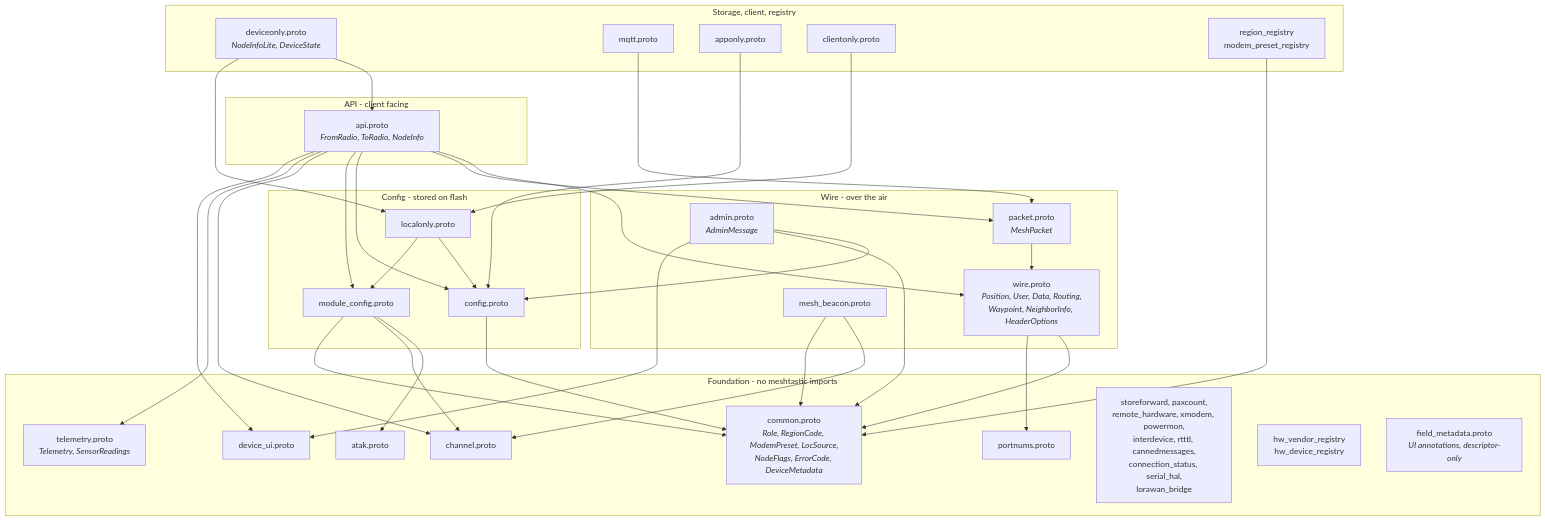
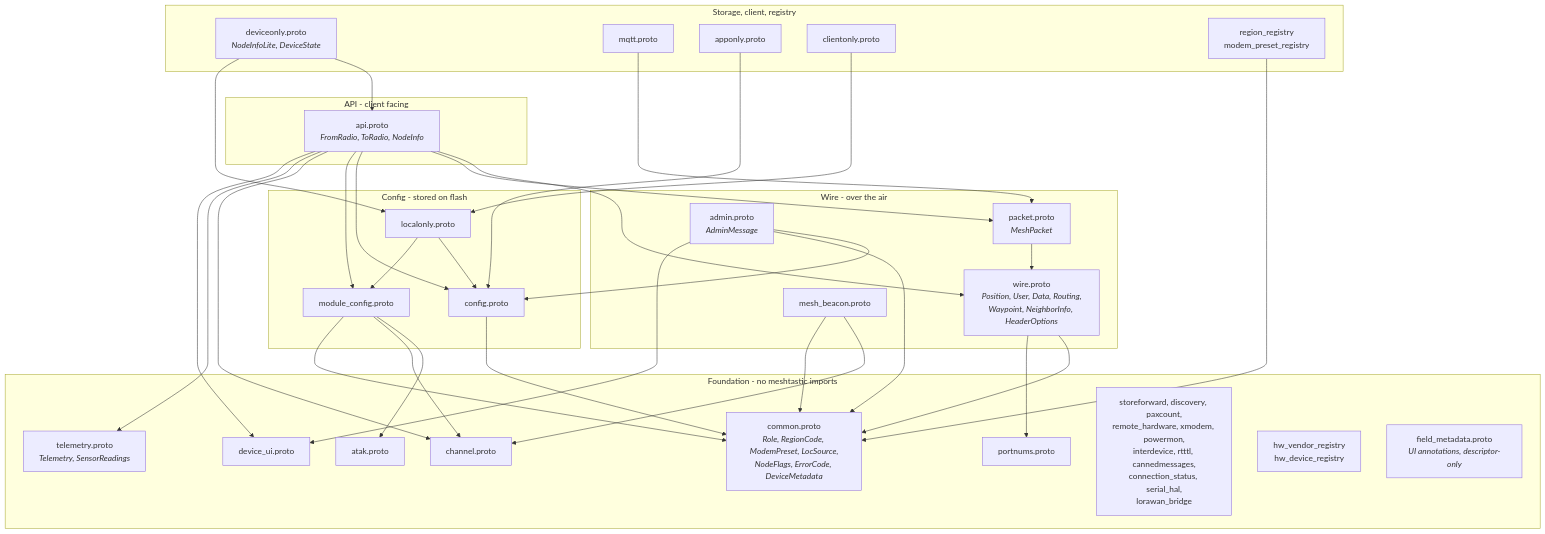
The diagram in SCHEMA.md (meshtastic/protobufs), drawn with Mermaid before and after one commit. The commit also changed other lines of this file and 7 other files, not shown here.

````diff
--- a/SCHEMA.md
+++ b/SCHEMA.md
@@ -15,67 +15,67 @@
 ```mermaid
 graph TD
     subgraph Foundation["Foundation - no meshtastic imports"]
         common[common.proto<br/><i>Role, RegionCode, ModemPreset, LocSource,<br/>NodeFlags, ErrorCode, DeviceMetadata</i>]
         portnums[portnums.proto]
         channel[channel.proto]
         telemetry[telemetry.proto<br/><i>Telemetry, SensorReadings</i>]
         deviceui[device_ui.proto]
         atak[atak.proto]
-        modules[storeforward, paxcount,<br/>remote_hardware, xmodem, powermon,<br/>interdevice, rtttl, cannedmessages,<br/>connection_status, serial_hal,<br/>lorawan_bridge]
+        modules[storeforward, discovery, paxcount,<br/>remote_hardware, xmodem, powermon,<br/>interdevice, rtttl, cannedmessages,<br/>connection_status, serial_hal,<br/>lorawan_bridge]
         registries[hw_vendor_registry<br/>hw_device_registry]
         fieldmeta[field_metadata.proto<br/><i>UI annotations, descriptor-only</i>]
     end
 
     subgraph Wire["Wire - over the air"]
         wire[wire.proto<br/><i>Position, User, Data, Routing,<br/>Waypoint, NeighborInfo, HeaderOptions</i>]
         packet[packet.proto<br/><i>MeshPacket</i>]
         beacon[mesh_beacon.proto]
         admin[admin.proto<br/><i>AdminMessage</i>]
     end
 
     subgraph Config["Config - stored on flash"]
         config[config.proto]
         moduleconfig[module_config.proto]
         localonly[localonly.proto]
     end
 
     subgraph Api["API - client facing"]
         api[api.proto<br/><i>FromRadio, ToRadio, NodeInfo</i>]
     end
 
     subgraph Other["Storage, client, registry"]
         deviceonly[deviceonly.proto<br/><i>NodeInfoLite, DeviceState</i>]
         mqtt[mqtt.proto]
         apponly[apponly.proto]
         clientonly[clientonly.proto]
         regreg[region_registry<br/>modem_preset_registry]
     end
 
     wire --> common
     wire --> portnums
     packet --> wire
     beacon --> channel
     beacon --> common
     config --> common
     moduleconfig --> atak
     moduleconfig --> channel
     moduleconfig --> common
     localonly --> config
     localonly --> moduleconfig
     regreg --> common
     api --> wire
     api --> packet
     api --> config
     api --> moduleconfig
     api --> channel
     api --> telemetry
     api --> deviceui
     admin --> config
     admin --> common
     admin --> deviceui
     deviceonly --> api
     deviceonly --> localonly
     mqtt --> packet
     apponly --> config
     clientonly --> localonly
 ```
````
